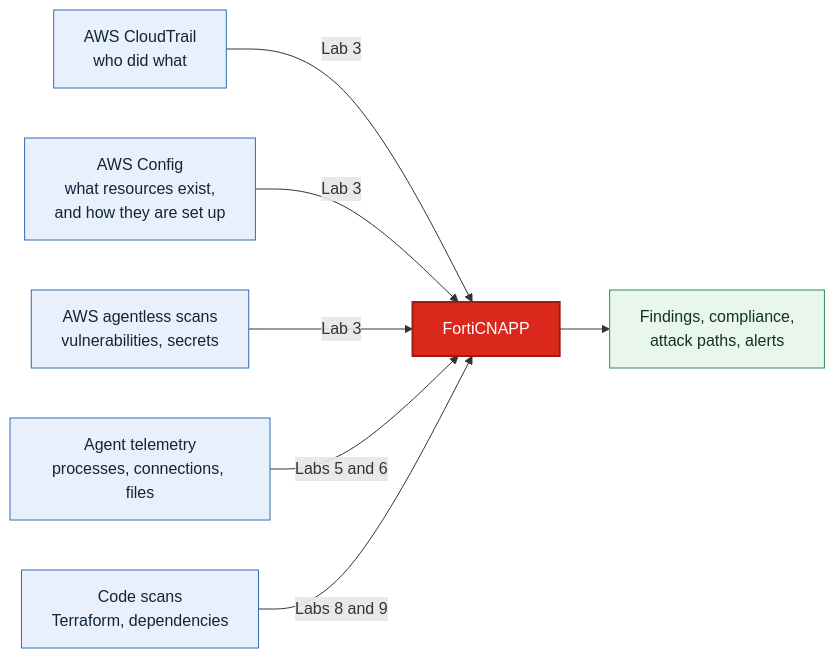
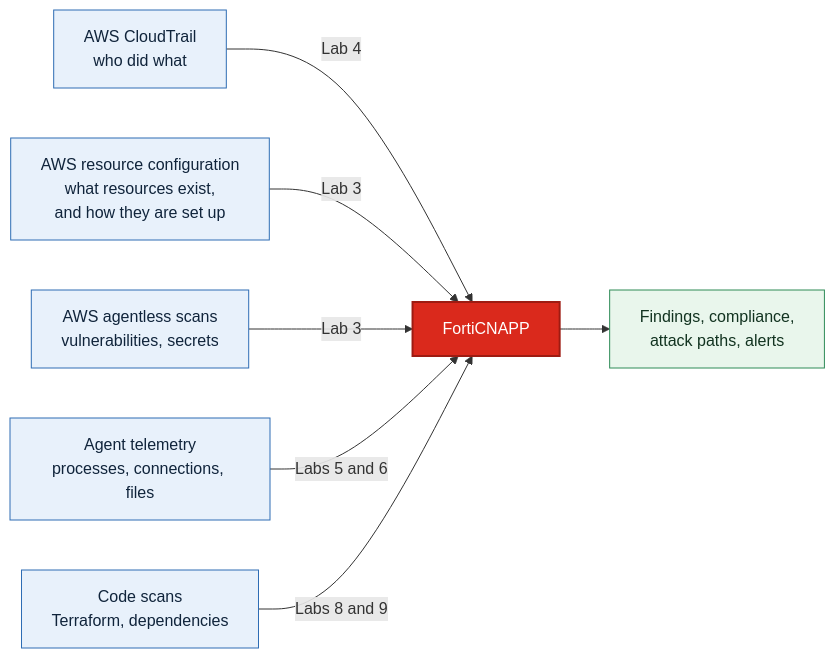
One commit to andrewbearsley/forticnapp-workshop-aws-automated changed the diagram in README.md. Above: the diagram before and after it, drawn with Mermaid. The commit also changed 1 other file, not shown here.

Commit message:
Point the overview diagram's CloudTrail arrow at Lab 4
The diagram still said Lab 3 feeds CloudTrail. Lab 3 deliberately leaves the
CloudTrail toggle off, because discovery cannot read this account's organization
trail. Lab 4 adds it with CloudFormation.

Two more places said the same thing: Lab 1's dashboard widget table, which
credited the threat alert overview to "Lab 3, AWS CloudTrail and agentless", and
the composite alert note, which said Lab 3 onboards CloudTrail.

Also renamed the configuration node. "AWS Config" reads as the AWS service of
that name, which this integration does not use; it reads resource state through
its own cross-account role.

Every arrow label now names a lab whose title matches the source it describes.

````diff
--- a/README.md
+++ b/README.md
@@ -30,17 +30,17 @@
 ```mermaid
 flowchart LR
-    CT["AWS CloudTrail<br/>who did what"] -->|Lab 3| F
-    CFG["AWS Config<br/>what resources exist,<br/>and how they are set up"] -->|Lab 3| F
+    CT["AWS CloudTrail<br/>who did what"] -->|Lab 4| F
+    CFG["AWS resource configuration<br/>what resources exist,<br/>and how they are set up"] -->|Lab 3| F
     AL["AWS agentless scans<br/>vulnerabilities, secrets"] -->|Lab 3| F
     AG["Agent telemetry<br/>processes, connections, files"] -->|Labs 5 and 6| F
     SC["Code scans<br/>Terraform, dependencies"] -->|Labs 8 and 9| F
     F["FortiCNAPP"] --> OUT["Findings, compliance,<br/>attack paths, alerts"]
 
     classDef source fill:#E8F1FB,stroke:#2E6DB4,stroke-width:1px,color:#10243B
     classDef platform fill:#DA291C,stroke:#9E1B12,stroke-width:2px,color:#FFFFFF
     classDef output fill:#E9F6EC,stroke:#2E8B57,stroke-width:1px,color:#123320
 
     class CT,CFG,AL,AG,SC source
     class F platform
     class OUT output
 ```
````
